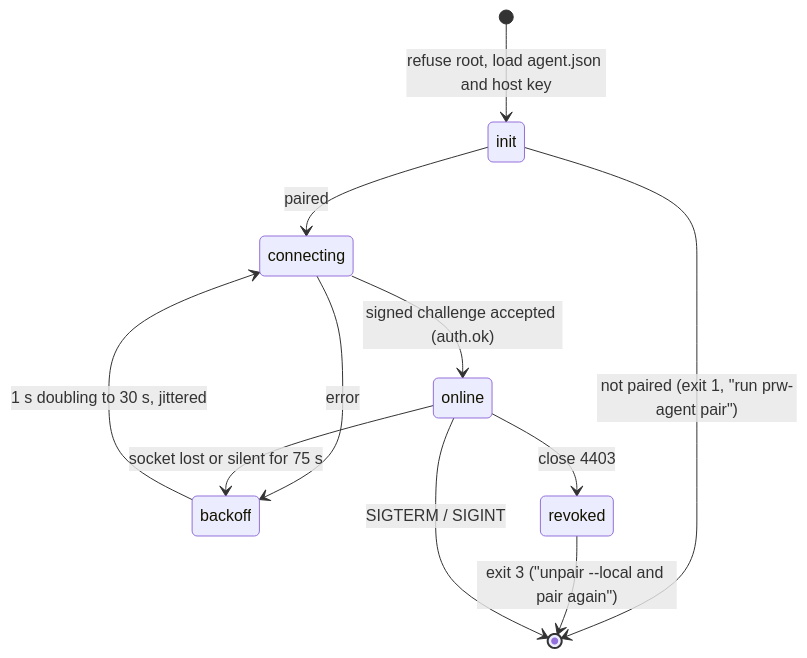
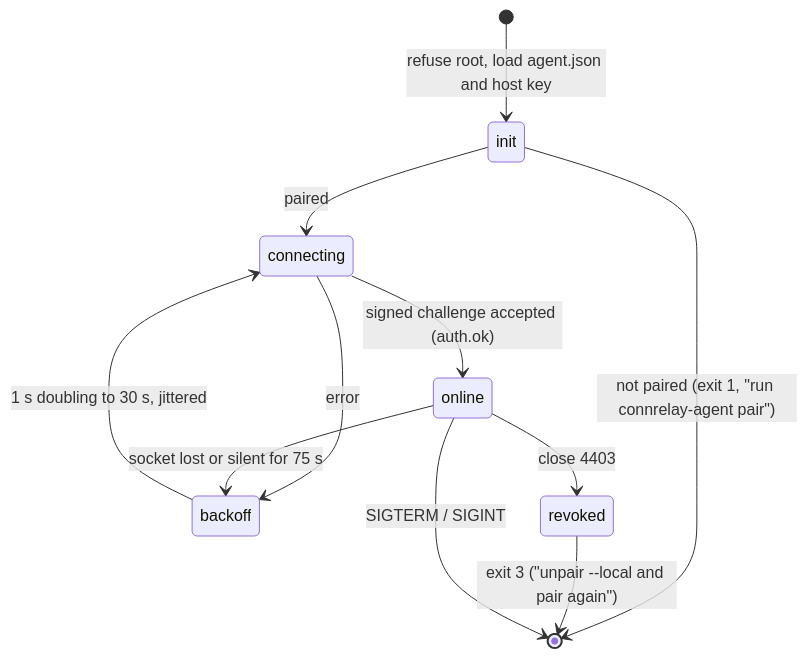
Before and after one commit to rohansen856/ConnRelay: the first of 2 diagrams in docs/components/host-agent.md, drawn with Mermaid. The commit also changed other lines of this file and 17 other files, not shown here.

````diff
--- a/docs/components/host-agent.md
+++ b/docs/components/host-agent.md
@@ -109,13 +109,13 @@
 ```mermaid
 stateDiagram-v2
   [*] --> init: refuse root, load agent.json and host key
-  init --> [*]: not paired (exit 1, "run prw-agent pair")
+  init --> [*]: not paired (exit 1, "run connrelay-agent pair")
   init --> connecting: paired
   connecting --> online: signed challenge accepted (auth.ok)
   connecting --> backoff: error
   backoff --> connecting: 1 s doubling to 30 s, jittered
   online --> backoff: socket lost or silent for 75 s
   online --> revoked: close 4403
   revoked --> [*]: exit 3 ("unpair --local and pair again")
   online --> [*]: SIGTERM / SIGINT
 ```
````
